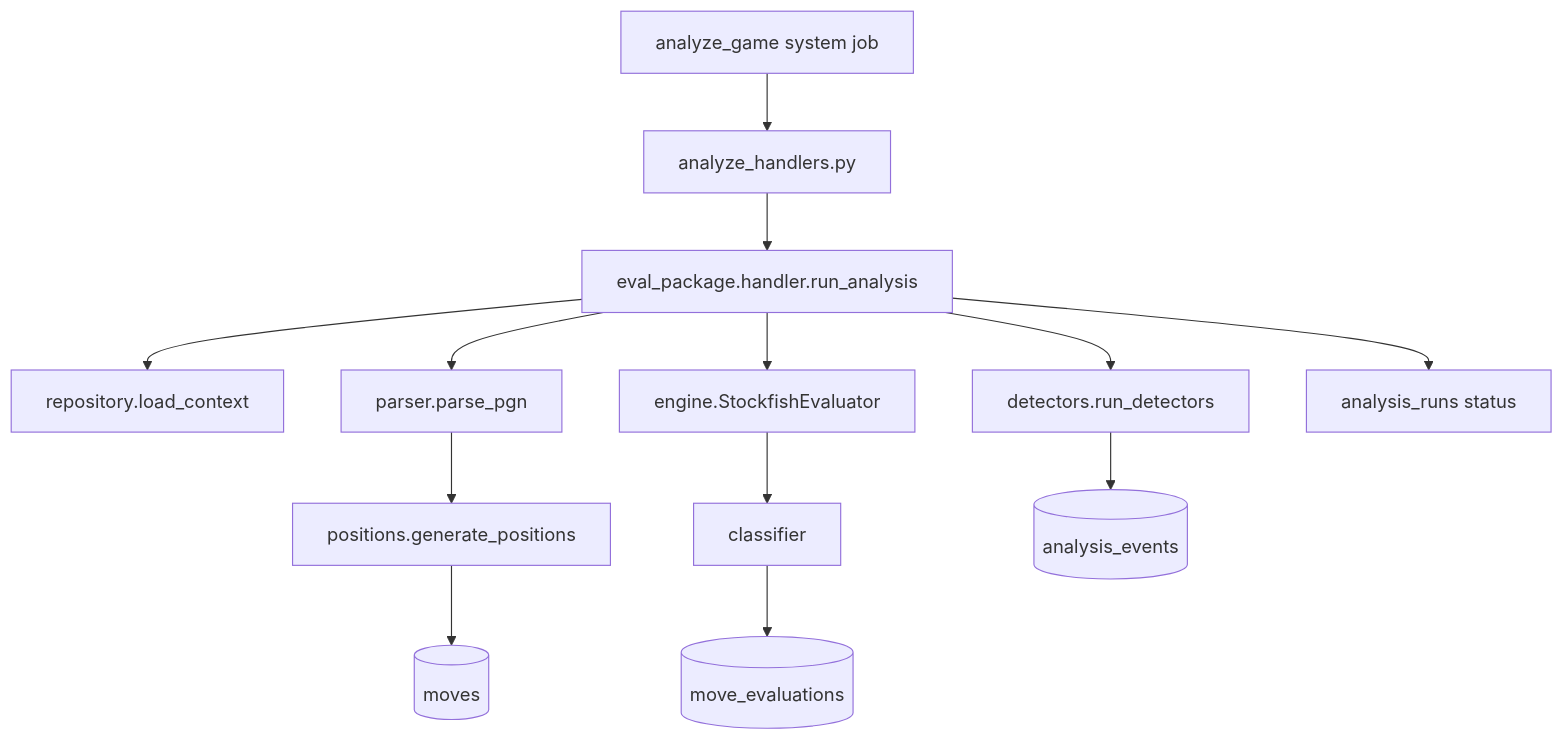
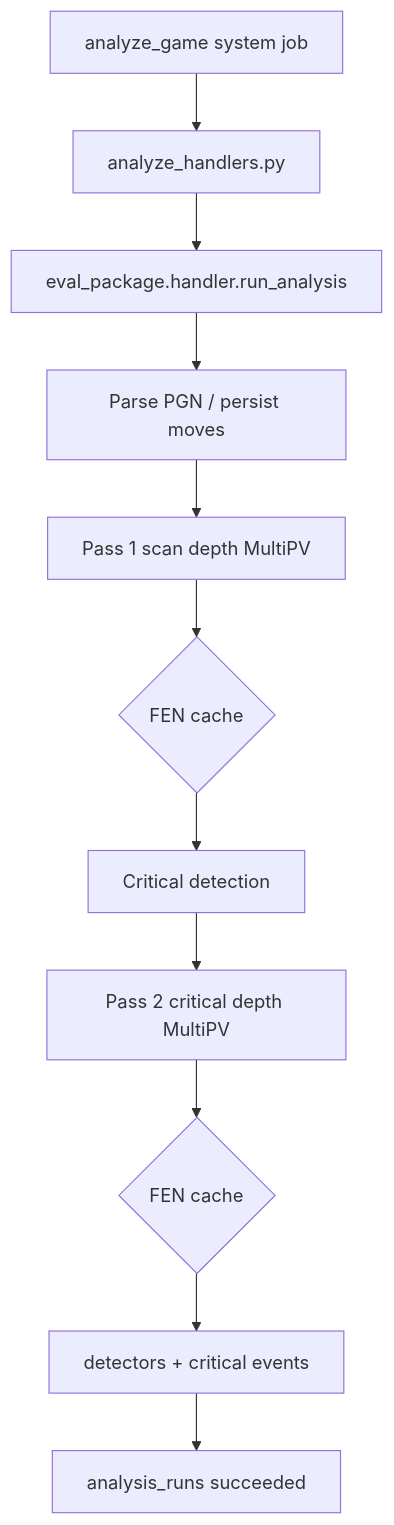
Before and after one commit to n8rzz/chess-mentor: the diagram in docs/evaluation-engine.md, drawn with Mermaid. The commit also changed other lines of this file and 50 other files, not shown here.

First line of the commit message:
Add two-pass Stockfish analysis with critical detection and FEN cache.

````diff
--- a/docs/evaluation-engine.md
+++ b/docs/evaluation-engine.md
@@ -19,15 +19,13 @@
 ```mermaid
 flowchart TD
-    Job[analyze_game system job] --> Handler[analyze_handlers.py]
-    Handler --> Run[eval_package.handler.run_analysis]
-    Run --> Load[repository.load_context]
-    Run --> Parse[parser.parse_pgn]
-    Parse --> Pos[positions.generate_positions]
-    Pos --> Moves[(moves)]
-    Run --> Engine[engine.StockfishEvaluator]
-    Engine --> Class[classifier]
-    Class --> Evals[(move_evaluations)]
-    Run --> Det[detectors.run_detectors]
-    Det --> Events[(analysis_events)]
-    Run --> RunStatus[analysis_runs status]
+  Job[analyze_game system job] --> Handler[analyze_handlers.py]
+  Handler --> Run[eval_package.handler.run_analysis]
+  Run --> Parse[Parse PGN / persist moves]
+  Parse --> Pass1[Pass 1 scan depth MultiPV]
+  Pass1 --> Cache1{FEN cache}
+  Cache1 --> Crit[Critical detection]
+  Crit --> Pass2[Pass 2 critical depth MultiPV]
+  Pass2 --> Cache2{FEN cache}
+  Cache2 --> Det[detectors + critical events]
+  Det --> Succeed[analysis_runs succeeded]
 ```
````
